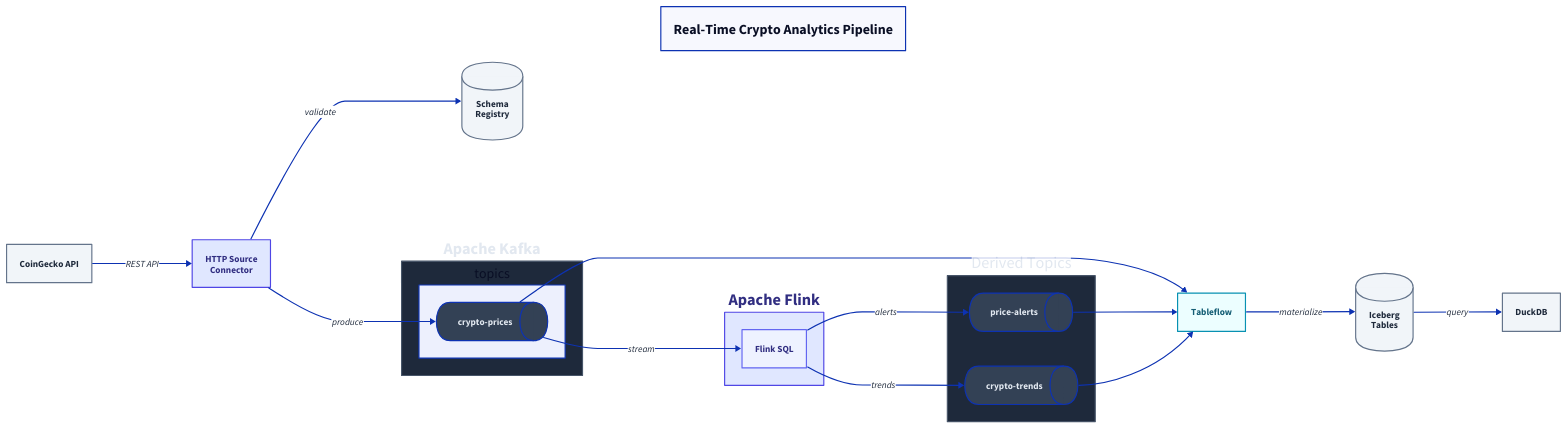
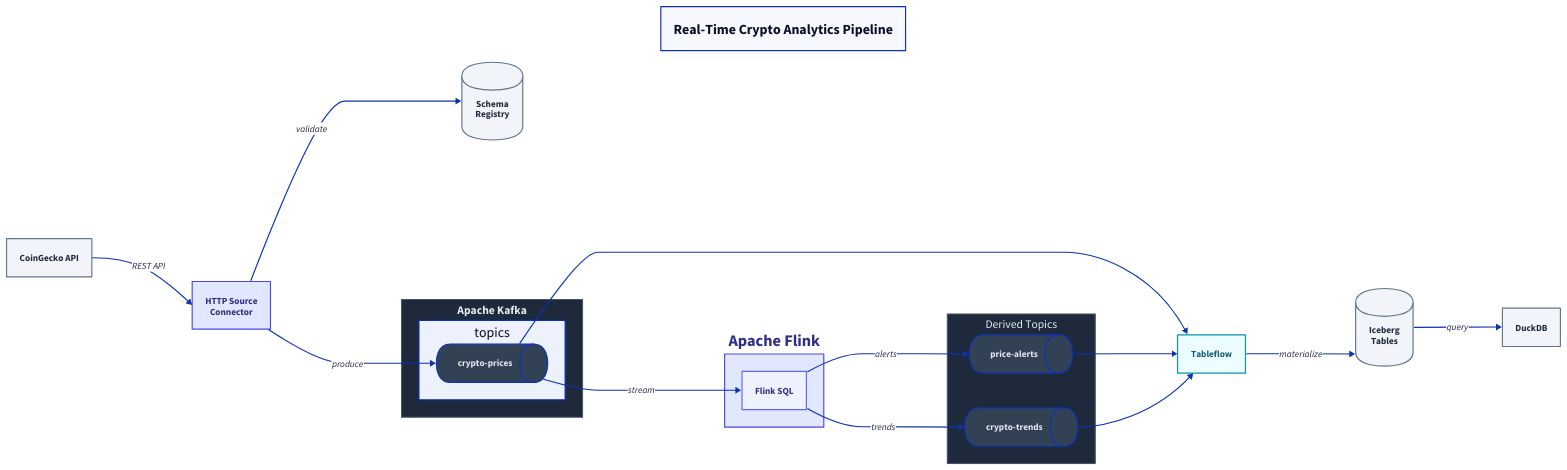
Before and after one commit to gAmUssA/gamussa.github.com: the diagram in diagrams/pipeline-overview.d2, drawn with D2. The commit also changed 7 other files, not shown here.

Commit message:
fix(diagrams): Keep headings inside dark containers

```diff
--- a/diagrams/pipeline-overview.d2
+++ b/diagrams/pipeline-overview.d2
@@ -1,107 +1,112 @@
 direction: right
 
 title: {
   label: "Real-Time Crypto Analytics Pipeline"
   style.font-size: 24
   style.bold: true
   near: top-center
 }
 
 coingecko: CoinGecko API {
   style.fill: "#f1f5f9"
   style.stroke: "#64748b"
   style.font-color: "#1e293b"
   style.bold: true
 }
 
 connector: HTTP Source\nConnector {
   style.fill: "#e0e7ff"
   style.stroke: "#4F46E5"
   style.font-color: "#312e81"
   style.bold: true
 }
 
 sr: Schema\nRegistry {
   style.fill: "#f1f5f9"
   style.stroke: "#64748b"
   style.font-color: "#1e293b"
   shape: cylinder
 }
 
 kafka: Apache Kafka {
+  label.near: top-center
+  style.font-size: 20
   style.fill: "#1e293b"
   style.stroke: "#475569"
   style.font-color: "#e2e8f0"
   style.bold: true
 
   topics: {
+    label.near: top-center
     crypto-prices {
       shape: queue
       style.fill: "#334155"
       style.font-color: "#e2e8f0"
     }
   }
 }
 
 flink: Apache Flink {
   style.fill: "#e0e7ff"
   style.stroke: "#4F46E5"
   style.font-color: "#312e81"
   style.bold: true
 
   sql: Flink SQL {
     style.fill: "#eef2ff"
     style.stroke: "#6366F1"
     style.font-color: "#312e81"
   }
 }
 
 derived: Derived Topics {
+  label.near: top-center
+  style.font-size: 20
   style.fill: "#1e293b"
   style.stroke: "#475569"
   style.font-color: "#e2e8f0"
 
   alerts: price-alerts {
     shape: queue
     style.fill: "#334155"
     style.font-color: "#e2e8f0"
   }
   trends: crypto-trends {
     shape: queue
     style.fill: "#334155"
     style.font-color: "#e2e8f0"
   }
 }
 
 tableflow: Tableflow {
   style.fill: "#ecfeff"
   style.stroke: "#0891b2"
   style.font-color: "#155e75"
   style.bold: true
 }
 
 iceberg: Iceberg\nTables {
   shape: cylinder
   style.fill: "#f1f5f9"
   style.stroke: "#64748b"
   style.font-color: "#1e293b"
 }
 
 duckdb: DuckDB {
   style.fill: "#f1f5f9"
   style.stroke: "#64748b"
   style.font-color: "#1e293b"
   style.bold: true
 }
 
 coingecko -> connector: REST API { style.font-color: "#1e293b" }
 connector -> sr: validate { style.font-color: "#1e293b" }
 connector -> kafka.topics.crypto-prices: produce { style.font-color: "#1e293b" }
 kafka.topics.crypto-prices -> flink.sql: stream { style.font-color: "#1e293b" }
 flink.sql -> derived.alerts: alerts { style.font-color: "#1e293b" }
 flink.sql -> derived.trends: trends { style.font-color: "#1e293b" }
 kafka.topics.crypto-prices -> tableflow { style.font-color: "#1e293b" }
 derived.alerts -> tableflow
 derived.trends -> tableflow
 tableflow -> iceberg: materialize { style.font-color: "#1e293b" }
 iceberg -> duckdb: query { style.font-color: "#1e293b" }
```
